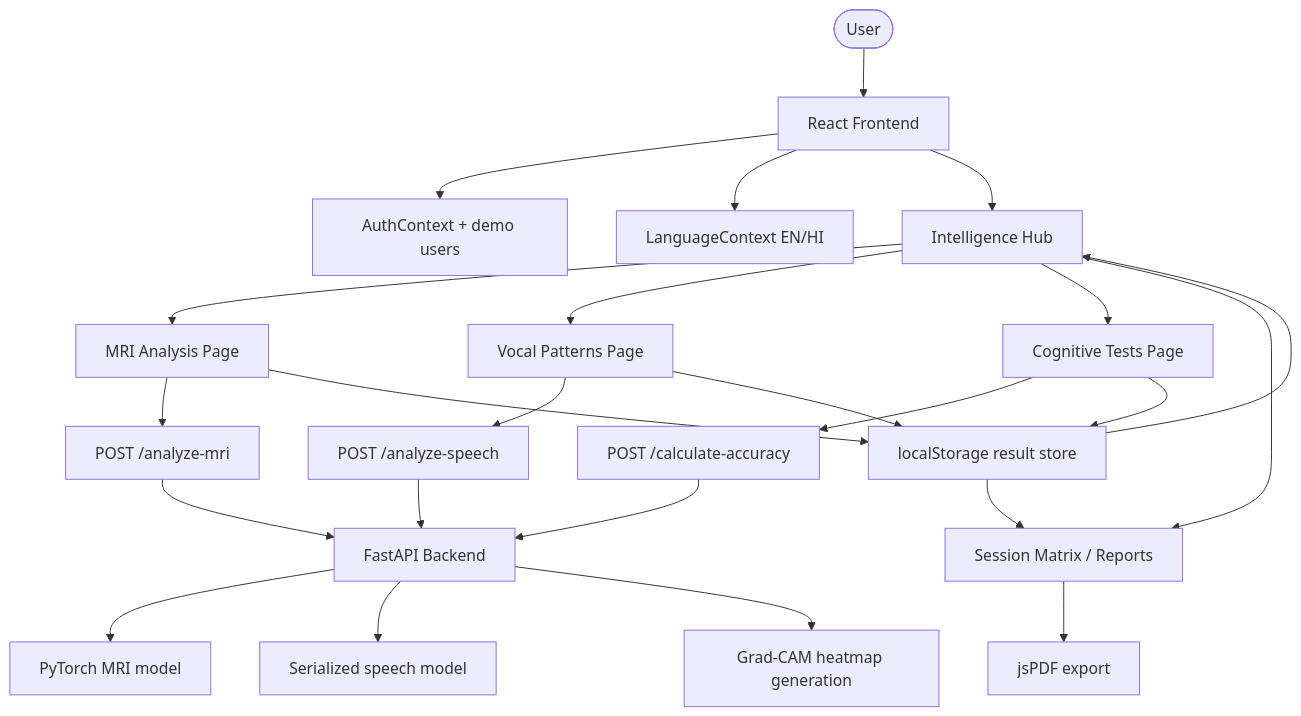
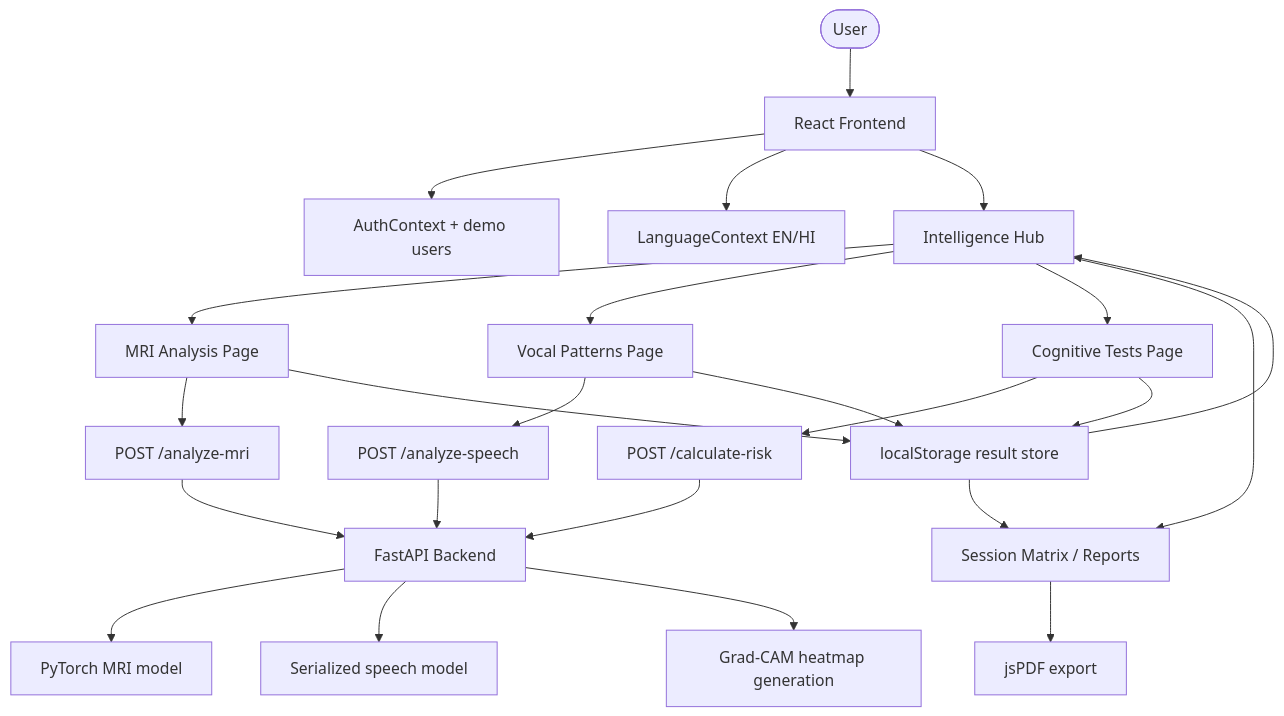
One commit to ianubhavsharma05/Neurolab changed the diagram in docs/application_workflow.md. Above: the diagram before and after it, drawn with Mermaid. The commit also changed other lines of this file and 18 other files, not shown here.

````diff
--- a/docs/application_workflow.md
+++ b/docs/application_workflow.md
@@ -17,31 +17,31 @@
 ```mermaid
 graph TD
     User([User]) --> Frontend[React Frontend]
     Frontend --> Auth[AuthContext + demo users]
     Frontend --> Language[LanguageContext EN/HI]
     Frontend --> Dashboard[Intelligence Hub]
 
     Dashboard --> MRI[MRI Analysis Page]
     Dashboard --> Speech[Vocal Patterns Page]
     Dashboard --> Cognitive[Cognitive Tests Page]
     Dashboard --> Reports[Session Matrix / Reports]
 
     MRI --> MRIAPI[POST /analyze-mri]
     Speech --> SpeechAPI[POST /analyze-speech]
-    Cognitive --> RiskCalc[POST /calculate-accuracy]
+    Cognitive --> RiskCalc[POST /calculate-risk]
 
     MRIAPI --> FastAPI[FastAPI Backend]
     SpeechAPI --> FastAPI
     RiskCalc --> FastAPI
 
     FastAPI --> MRIModel[PyTorch MRI model]
     FastAPI --> SpeechModel[Serialized speech model]
     FastAPI --> GradCAM[Grad-CAM heatmap generation]
 
     MRI --> LocalStore[localStorage result store]
     Speech --> LocalStore
     Cognitive --> LocalStore
     Reports --> PDF[jsPDF export]
     LocalStore --> Dashboard
     LocalStore --> Reports
 ```
````
